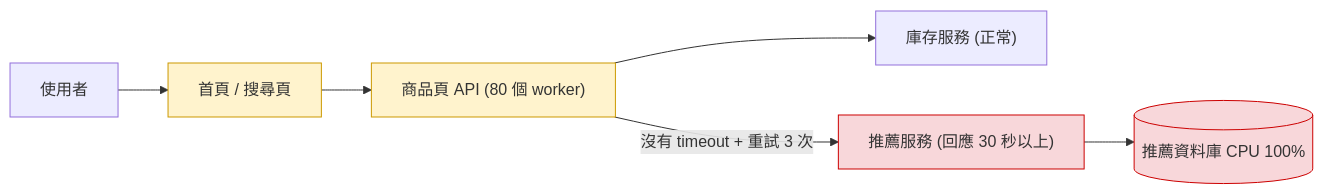
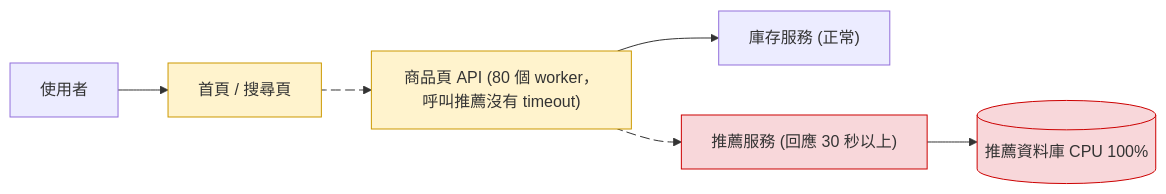
One commit to TLOGBen/BackendBook changed the first of 10 diagrams in docs/29-斷路器.md. Above: the diagram before and after it, drawn with Mermaid. The commit also changed other lines of this file and 125 other files, not shown here.

First line of the commit message:
新人教材：擴充到 59 篇，每篇加上互動主圖、核心理念與閱讀前知識

````diff
--- a/docs/29-斷路器.md
+++ b/docs/29-斷路器.md
@@ -54,12 +84,14 @@
 ```mermaid
 flowchart LR
     U["使用者"] --> H["首頁 / 搜尋頁"]
-    H --> P["商品頁 API (80 個 worker)"]
+    H e1@--> P["商品頁 API (80 個 worker，呼叫推薦沒有 timeout)"]
     P --> I["庫存服務 (正常)"]
-    P -->|"沒有 timeout + 重試 3 次"| R["推薦服務 (回應 30 秒以上)"]
+    P e2@--> R["推薦服務 (回應 30 秒以上)"]
     R --> RDB[("推薦資料庫 CPU 100%")]
+    e1@{ animate: true }
+    e2@{ animate: true }
     style R fill:#f8d7da,stroke:#c00
     style RDB fill:#f8d7da,stroke:#c00
     style P fill:#fff3cd,stroke:#c90
     style H fill:#fff3cd,stroke:#c90
 ```
````
